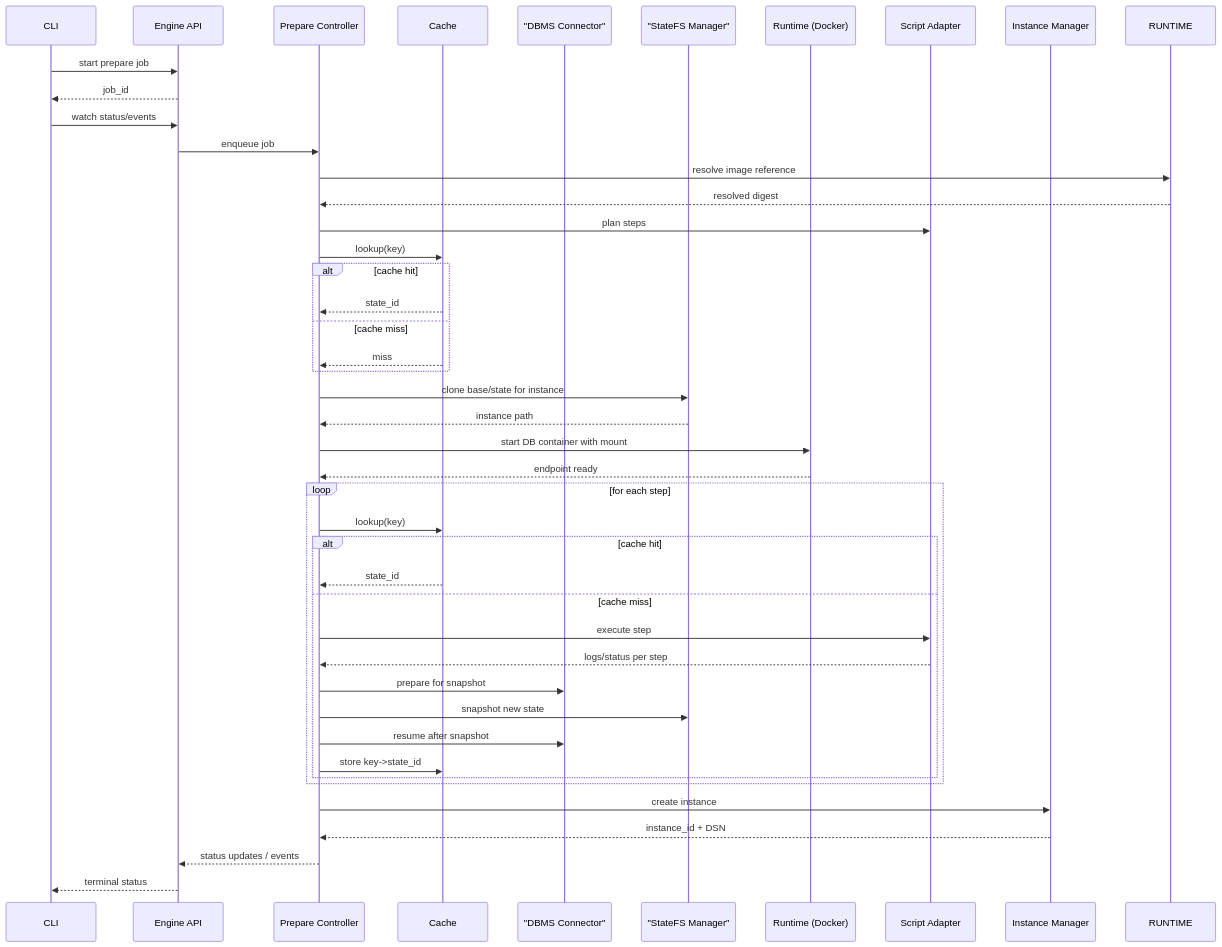
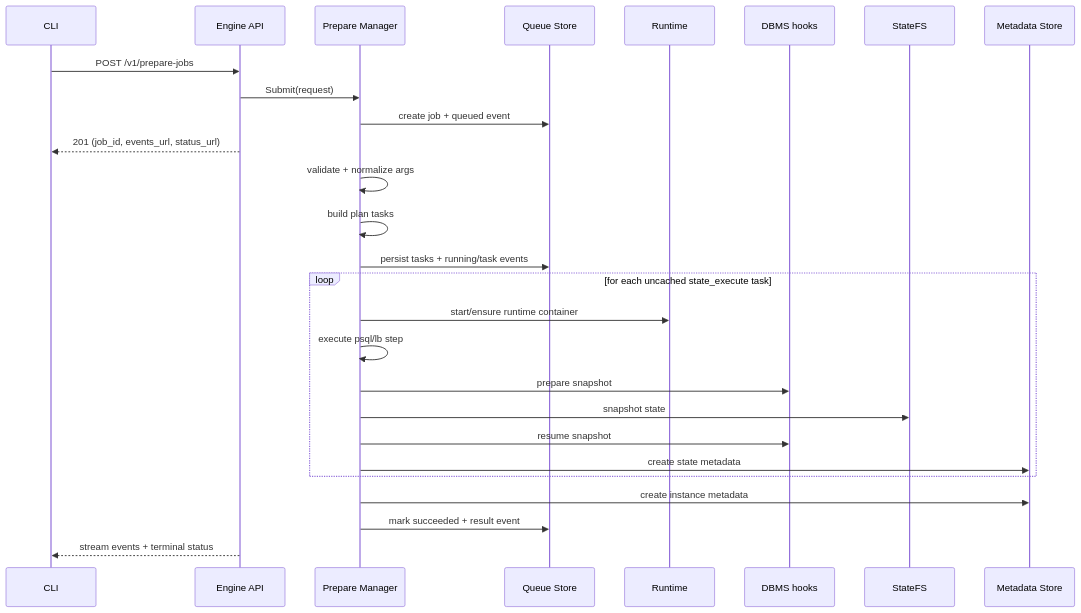
One commit to kimak-irmagi/taidon changed the second of 5 diagrams in docs/architecture/engine-internals.md. Above: the diagram before and after it, drawn with Mermaid. The commit also changed other lines of this file and 9 other files, not shown here.

````diff
--- a/docs/architecture/engine-internals.md
+++ b/docs/architecture/engine-internals.md
@@ -186,47 +131,33 @@
 ```mermaid
 sequenceDiagram
   participant CLI as CLI
   participant API as Engine API
-  participant CTRL as Prepare Controller
-  participant CACHE as Cache
-  participant DBMS as "DBMS Connector"
-  participant SNAP as "StateFS Manager"
-  participant RT as Runtime (Docker)
-  participant ADAPTER as Script Adapter
-  participant INST as Instance Manager
+  participant PREP as Prepare Manager
+  participant QUEUE as Queue Store
+  participant RT as Runtime
+  participant DBMS as DBMS hooks
+  participant STATEFS as StateFS
+  participant STORE as Metadata Store
 
-  CLI->>API: start prepare job
-  API-->>CLI: job_id
-  CLI->>API: watch status/events
-  API->>CTRL: enqueue job
-  CTRL->>RUNTIME: resolve image reference
-  RUNTIME-->>CTRL: resolved digest
-  CTRL->>ADAPTER: plan steps
-  CTRL->>CACHE: lookup(key)
-  alt cache hit
-    CACHE-->>CTRL: state_id
-  else cache miss
-    CACHE-->>CTRL: miss
+  CLI->>API: POST /v1/prepare-jobs
+  API->>PREP: Submit(request)
+  PREP->>QUEUE: create job + queued event
+  API-->>CLI: 201 (job_id, events_url, status_url)
+
+  PREP->>PREP: validate + normalize args
+  PREP->>PREP: build plan tasks
+  PREP->>QUEUE: persist tasks + running/task events
+
+  loop for each uncached state_execute task
+    PREP->>RT: start/ensure runtime container
+    PREP->>PREP: execute psql/lb step
+    PREP->>DBMS: prepare snapshot
+    PREP->>STATEFS: snapshot state
+    PREP->>DBMS: resume snapshot
+    PREP->>STORE: create state metadata
   end
-  CTRL->>SNAP: clone base/state for instance
-  SNAP-->>CTRL: instance path
-  CTRL->>RT: start DB container with mount
-  RT-->>CTRL: endpoint ready
-  loop for each step
-    CTRL->>CACHE: lookup(key)
-    alt cache hit
-      CACHE-->>CTRL: state_id
-    else cache miss
-      CTRL->>ADAPTER: execute step
-      ADAPTER-->>CTRL: logs/status per step
-      CTRL->>DBMS: prepare for snapshot
-      CTRL->>SNAP: snapshot new state
-      CTRL->>DBMS: resume after snapshot
-      CTRL->>CACHE: store key->state_id
-    end
-  end
-  CTRL->>INST: create instance
-  INST-->>CTRL: instance_id + DSN
-  CTRL-->>API: status updates / events
-  API-->>CLI: terminal status
+
+  PREP->>STORE: create instance metadata
+  PREP->>QUEUE: mark succeeded + result event
+  API-->>CLI: stream events + terminal status
 ```
````
